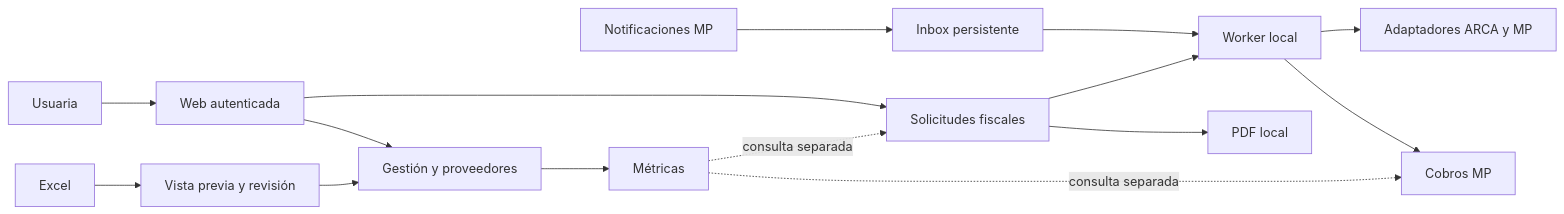
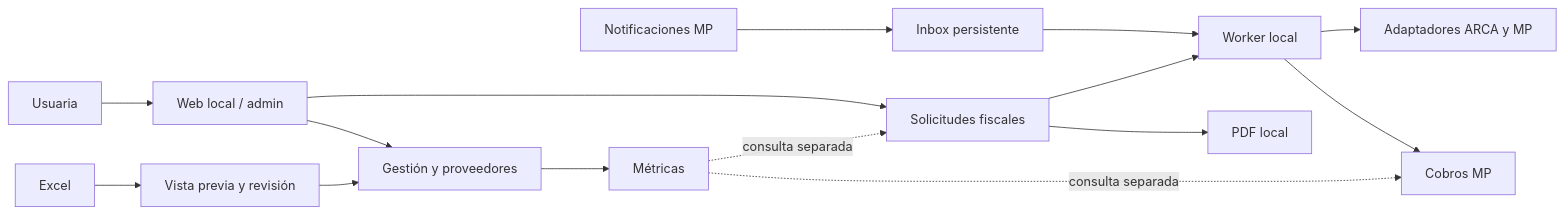
One commit to paezagustin/arca_dys changed the diagram in docs/ARQUITECTURA.md. Above: the diagram before and after it, drawn with Mermaid. The commit also changed other lines of this file and 61 other files, not shown here.

````diff
--- a/docs/ARQUITECTURA.md
+++ b/docs/ARQUITECTURA.md
@@ -8,17 +8,17 @@
 ```mermaid
 flowchart LR
-    U[Usuaria] --> W[Web autenticada]
+    U[Usuaria] --> W[Web local / admin]
     MP[Notificaciones MP] --> I[Inbox persistente]
     I --> Q[Worker local]
     W --> F[Solicitudes fiscales]
     F --> Q
     Q --> A[Adaptadores ARCA y MP]
     Q --> C[Cobros MP]
     W --> G[Gestión y proveedores]
     X[Excel] --> V[Vista previa y revisión]
     V --> G
     G --> R[Métricas]
     F --> P[PDF local]
     R -. consulta separada .-> F
     R -. consulta separada .-> C
 ```
````
